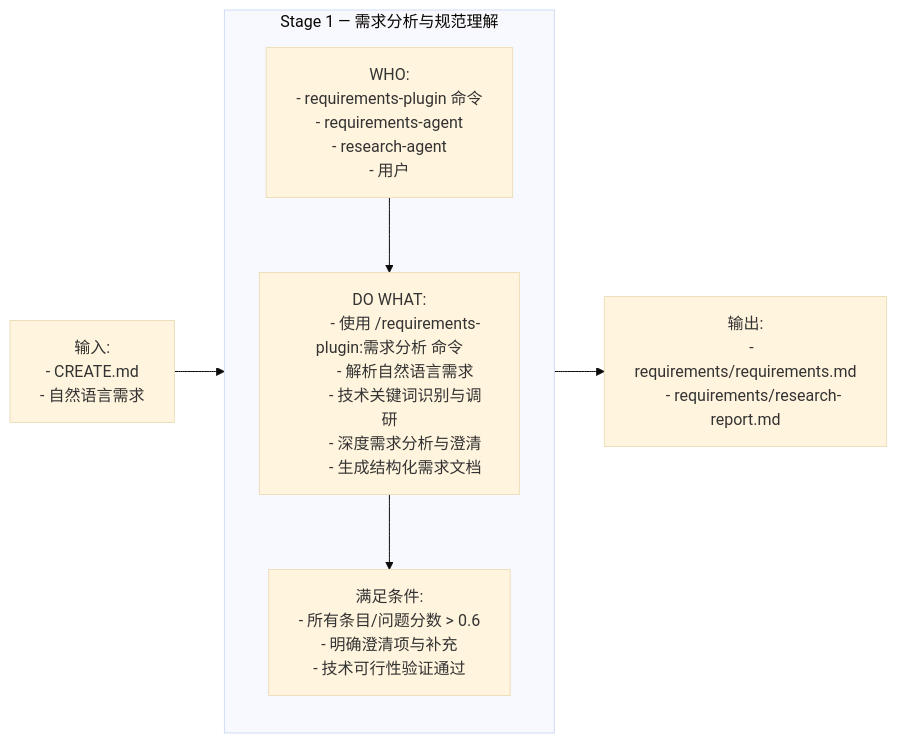
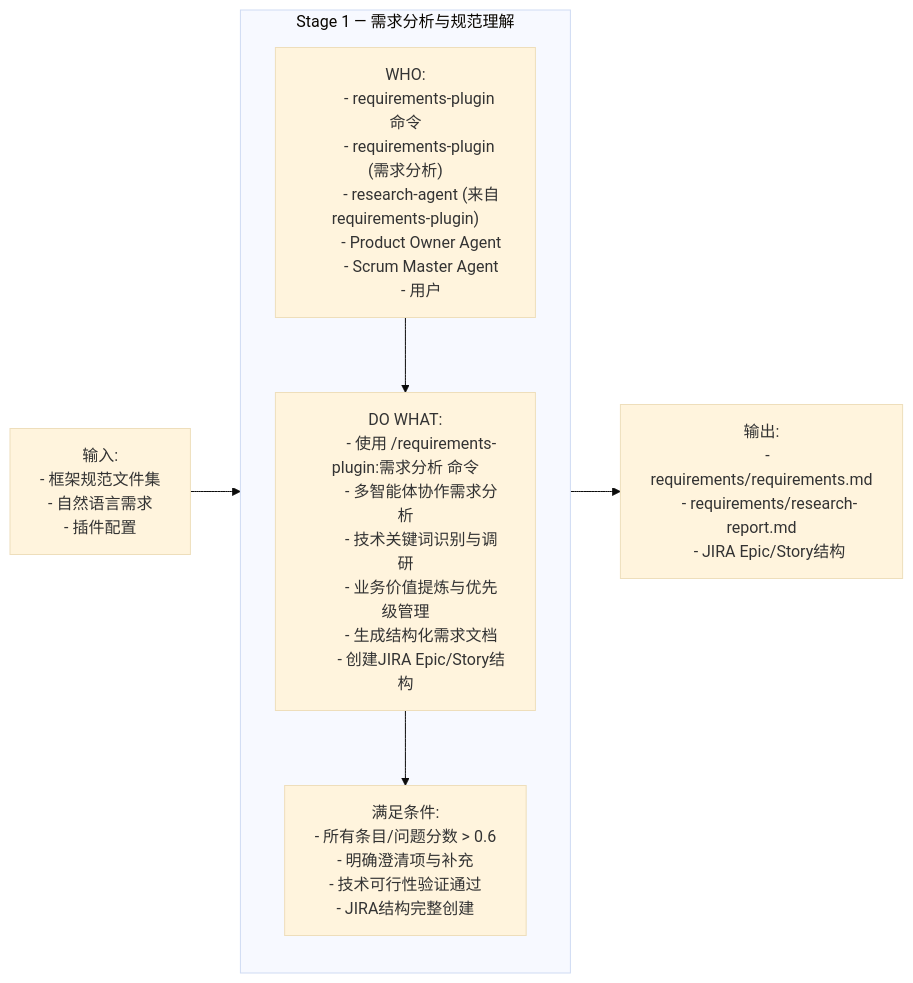
One commit to ouyangshixiong/context-engineering-zh changed the second of 16 diagrams in README.md. Above: the diagram before and after it, drawn with Mermaid (base theme). The commit also changed other lines of this file and 5 other files, not shown here.

````diff
--- a/README.md
+++ b/README.md
@@ -128,36 +147,42 @@
 ```mermaid
 flowchart LR
 
     %% ================= Stage 1 =================
     I1["输入:
-    - CREATE.md
-    - 自然语言需求"]
+    - 框架规范文件集
+    - 自然语言需求
+    - 插件配置"]
 
     O1["输出:
     - requirements/requirements.md
-    - requirements/research-report.md"]
+    - requirements/research-report.md
+    - JIRA Epic/Story结构"]
 
     subgraph S1["Stage 1 — 需求分析与规范理解"]
         W1["WHO:
         - requirements-plugin 命令
-        - requirements-agent
-        - research-agent
+        - requirements-plugin (需求分析)
+        - research-agent (来自requirements-plugin)
+        - Product Owner Agent
+        - Scrum Master Agent
         - 用户"]
 
         A1["DO WHAT:
         - 使用 /requirements-plugin:需求分析 命令
-        - 解析自然语言需求
+        - 多智能体协作需求分析
         - 技术关键词识别与调研
-        - 深度需求分析与澄清
-        - 生成结构化需求文档"]
+        - 业务价值提炼与优先级管理
+        - 生成结构化需求文档
+        - 创建JIRA Epic/Story结构"]
 
         V1["满足条件:
         - 所有条目/问题分数 > 0.6
         - 明确澄清项与补充
-        - 技术可行性验证通过"]
+        - 技术可行性验证通过
+        - JIRA结构完整创建"]
 
         W1 --> A1 --> V1
     end
 
     I1 --> S1 --> O1
 ```
````
